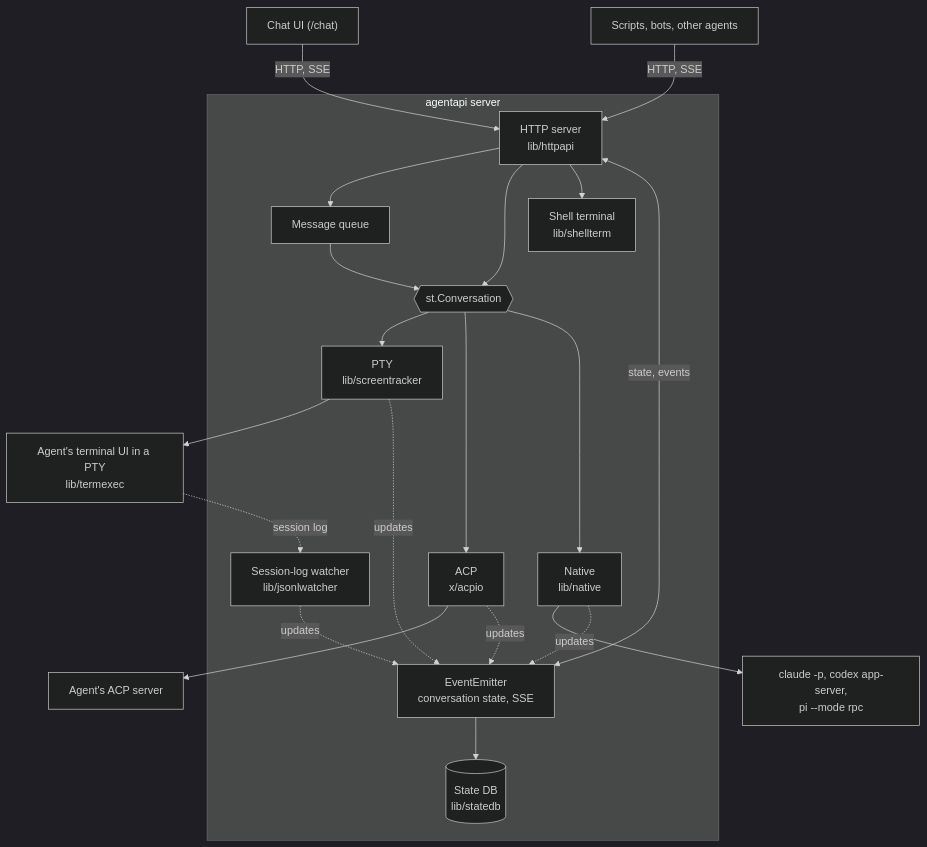
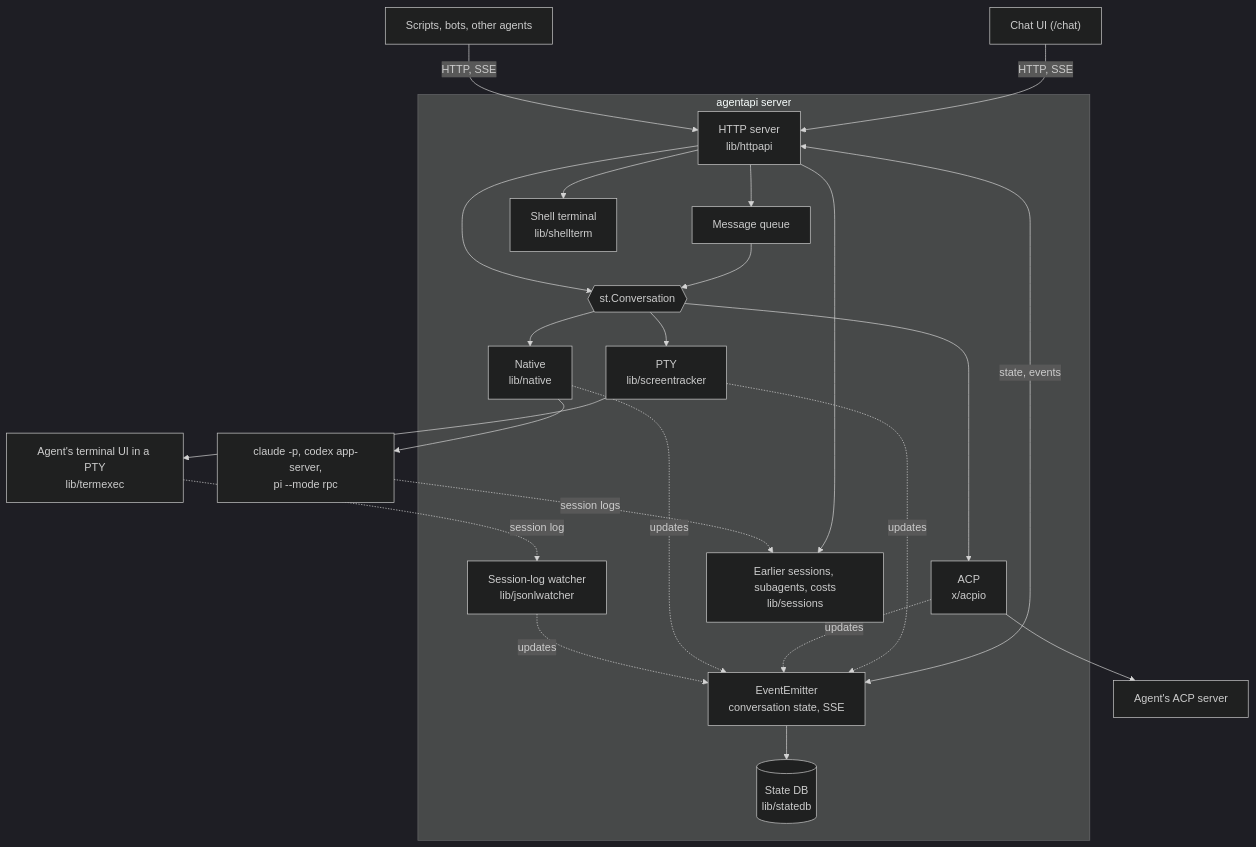
One commit to k1dav-c/agentapi changed the first of 3 diagrams in docs/architecture.md. Above: the diagram before and after it, drawn with Mermaid (dark theme). The commit also changed other lines of this file and 6 other files, not shown here.

````diff
--- a/docs/architecture.md
+++ b/docs/architecture.md
@@ -34,35 +34,38 @@
 ```mermaid
 flowchart TB
   chat["Chat UI (/chat)"]
   tools["Scripts, bots, other agents"]
   subgraph server["agentapi server"]
     http["HTTP server<br/>lib/httpapi"]
     queue["Message queue"]
     emitter["EventEmitter<br/>conversation state, SSE"]
     db[("State DB<br/>lib/statedb")]
     shell["Shell terminal<br/>lib/shellterm"]
     conv{{"st.Conversation"}}
     pty["PTY<br/>lib/screentracker"]
     acp["ACP<br/>x/acpio"]
     native["Native<br/>lib/native"]
     jsonl["Session-log watcher<br/>lib/jsonlwatcher"]
+    sessions["Earlier sessions, subagents, costs<br/>lib/sessions"]
   end
   tui["Agent's terminal UI in a PTY<br/>lib/termexec"]
   acpagent["Agent's ACP server"]
   proto["claude -p, codex app-server,<br/>pi --mode rpc"]
   chat -- "HTTP, SSE" --> http
   tools -- "HTTP, SSE" --> http
   http --> queue --> conv
   http --> conv
   http --> shell
   http <-- "state, events" --> emitter
   emitter --> db
   conv --> pty --> tui
   conv --> acp --> acpagent
   conv --> native --> proto
   tui -. "session log" .-> jsonl
   pty -. "updates" .-> emitter
   acp -. "updates" .-> emitter
   native -. "updates" .-> emitter
   jsonl -. "updates" .-> emitter
+  http --> sessions
+  proto -. "session logs" .-> sessions
 ```
````
